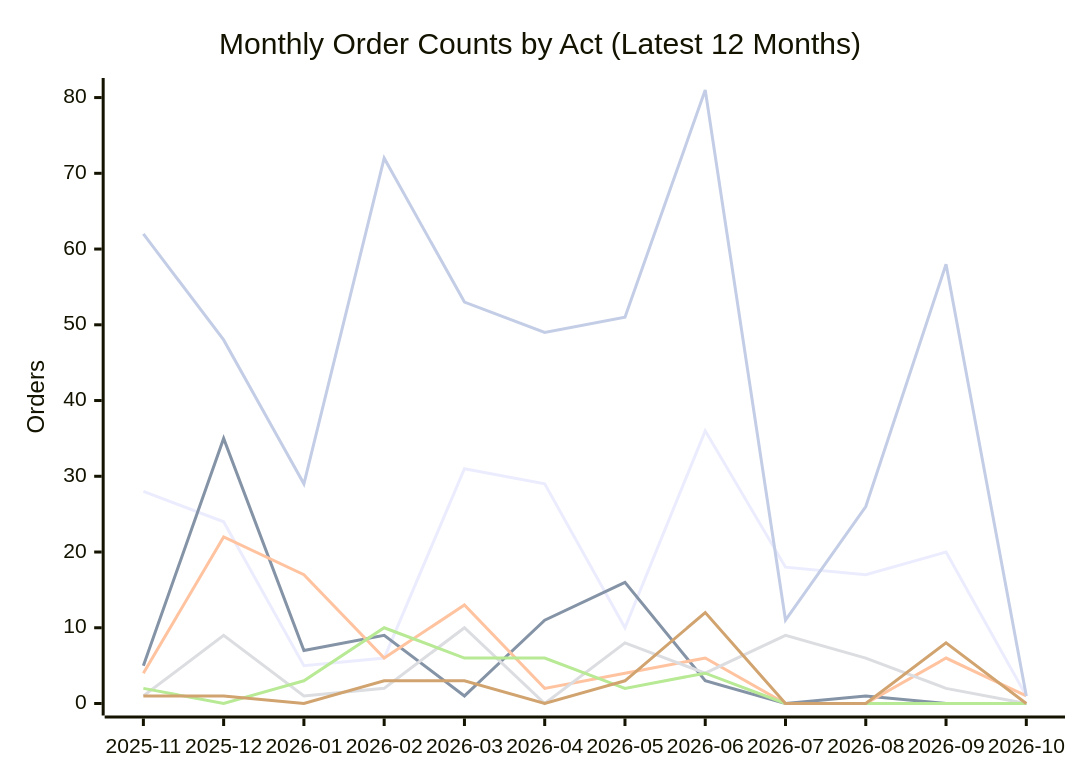
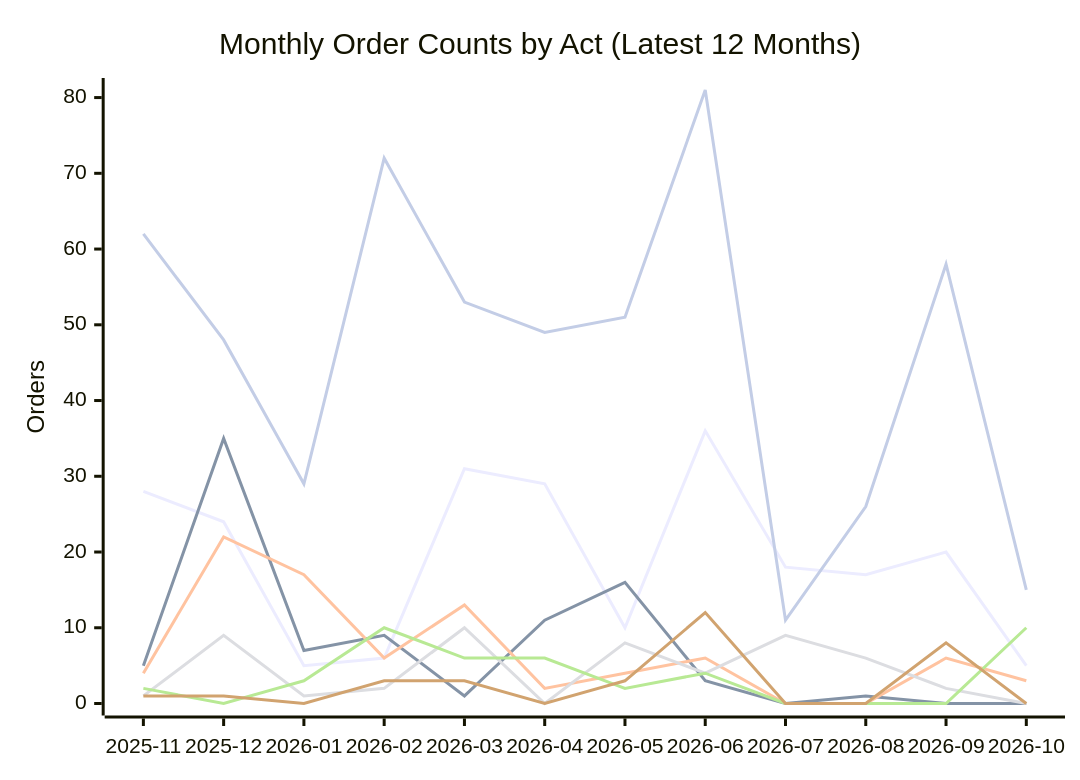
Before and after one commit to PatLittle/oic-data: the second of 2 diagrams in README.md, drawn with Mermaid. The commit also changed other lines of this file and 61 other files, not shown here.

````diff
--- a/README.md
+++ b/README.md
@@ -71,13 +71,13 @@
 ```mermaid
 xychart-beta
     title "Monthly Order Counts by Act (Latest 12 Months)"
     x-axis ["2025-11", "2025-12", "2026-01", "2026-02", "2026-03", "2026-04", "2026-05", "2026-06", "2026-07", "2026-08", "2026-09", "2026-10"]
     y-axis "Orders" 0 --> 81
-    line [28, 24, 5, 6, 31, 29, 10, 36, 18, 17, 20, 1]
+    line [28, 24, 5, 6, 31, 29, 10, 36, 18, 17, 20, 5]
     line [5, 35, 7, 9, 1, 11, 16, 3, 0, 1, 0, 0]
-    line [4, 22, 17, 6, 13, 2, 4, 6, 0, 0, 6, 1]
+    line [4, 22, 17, 6, 13, 2, 4, 6, 0, 0, 6, 3]
     line [1, 9, 1, 2, 10, 0, 8, 4, 9, 6, 2, 0]
-    line [2, 0, 3, 10, 6, 6, 2, 4, 0, 0, 0, 0]
+    line [2, 0, 3, 10, 6, 6, 2, 4, 0, 0, 0, 10]
     line [1, 1, 0, 3, 3, 0, 3, 12, 0, 0, 8, 0]
-    line [62, 48, 29, 72, 53, 49, 51, 81, 11, 26, 58, 1]
+    line [62, 48, 29, 72, 53, 49, 51, 81, 11, 26, 58, 15]
 ```
````
